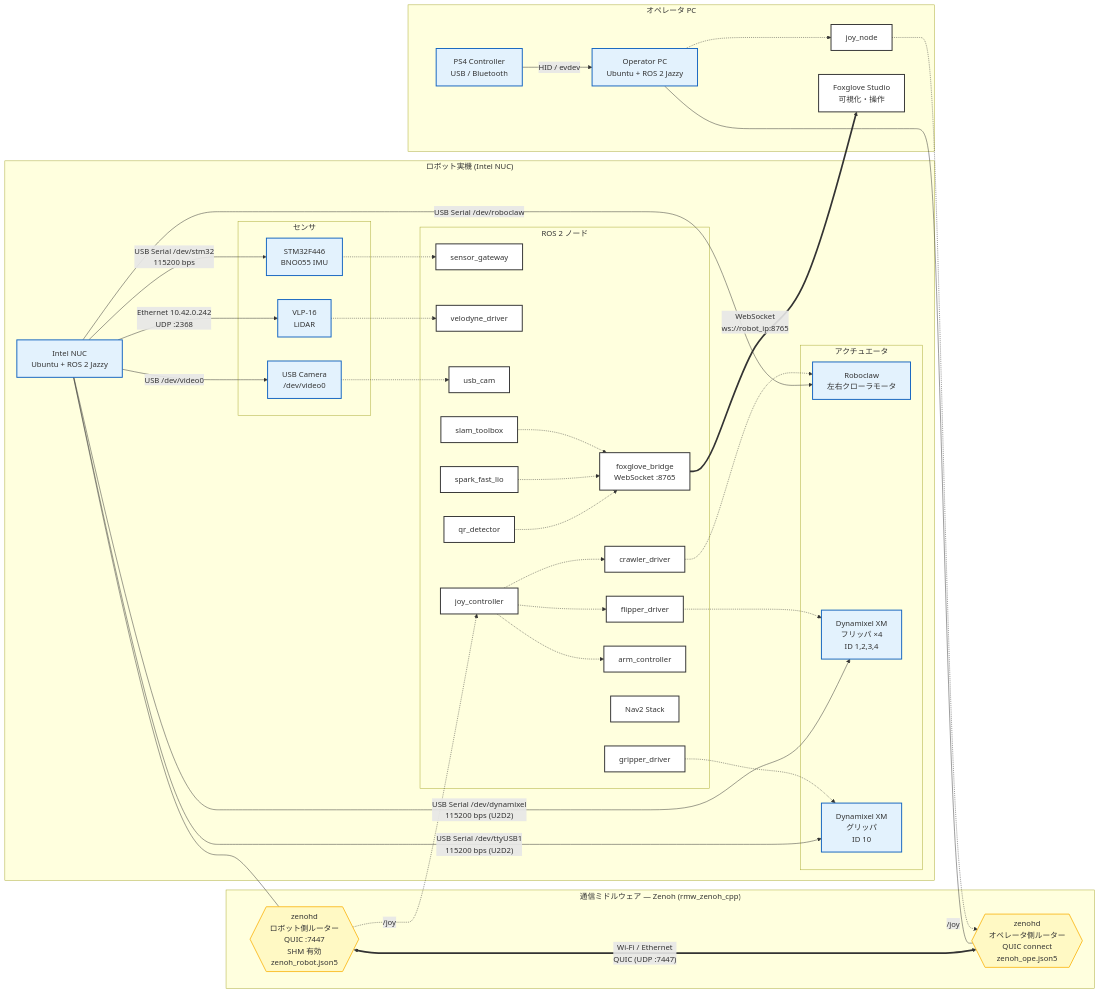
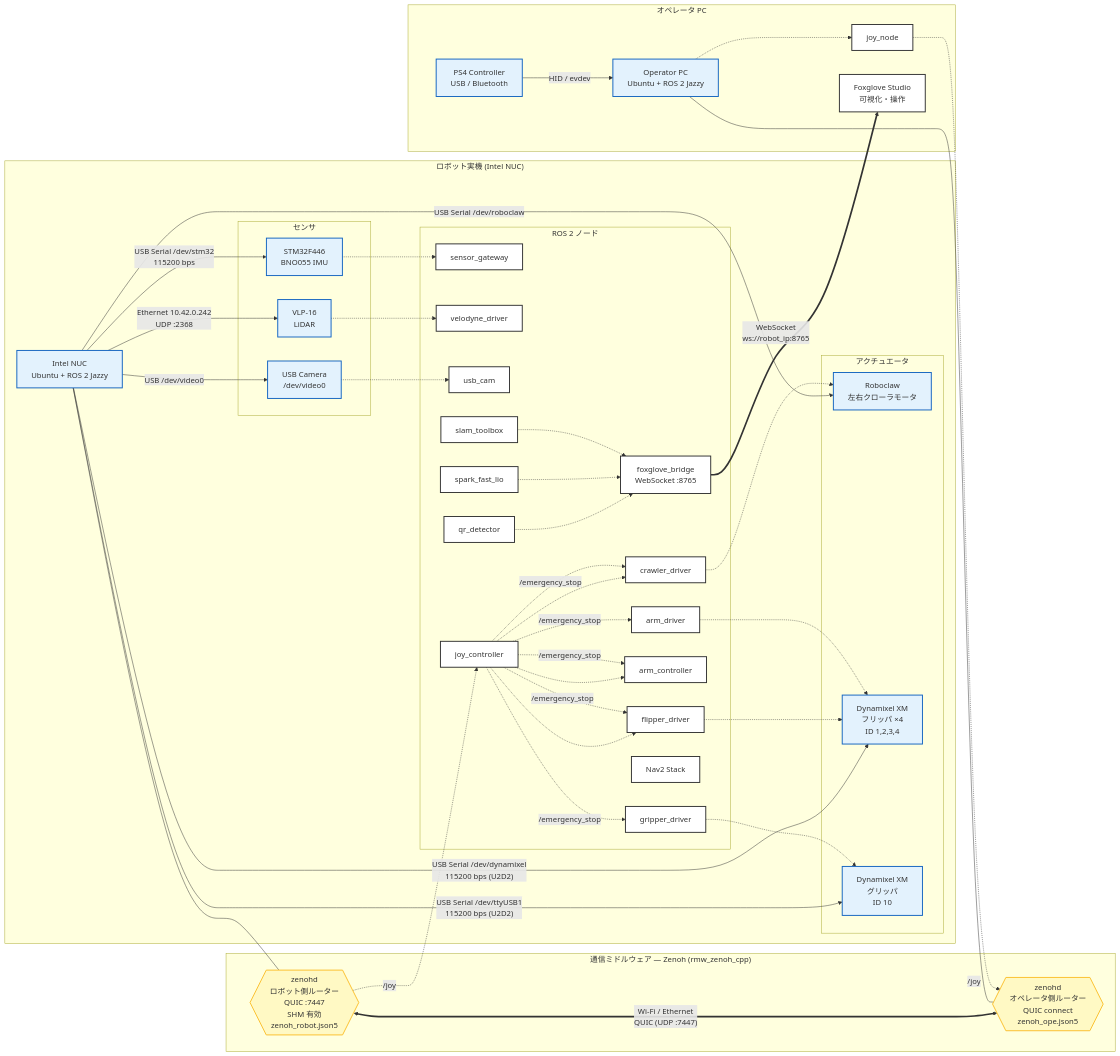
One commit to lazytatzv/rustacean_roborescue changed the diagram in main_ws/topology/network_topology.mmd. Above: the diagram before and after it, drawn with Mermaid. The commit also changed 56 other files, not shown here.

```diff
--- a/main_ws/topology/network_topology.mmd
+++ b/main_ws/topology/network_topology.mmd
@@ -1,100 +1,107 @@
 graph LR
   %% =============================================
   %% Rustacean RoboRescue — Network & Hardware Topology
   %% =============================================
 
   classDef device fill:#e3f2fd,stroke:#1565c0,stroke-width:2px;
   classDef proto fill:#fff9c4,stroke:#fbc02d,stroke-width:2px;
   classDef ros_node fill:#fff,stroke:#333,stroke-width:2px;
 
   %% =============================================
   %% ロボット実機
   %% =============================================
   subgraph Robot["ロボット実機 (Intel NUC)"]
     NUC[Intel NUC<br/>Ubuntu + ROS 2 Jazzy]:::device
 
     subgraph Sensors["センサ"]
       STM32[STM32F446<br/>BNO055 IMU]:::device
       VLP16[VLP-16<br/>LiDAR]:::device
       USB_CAM[USB Camera<br/>/dev/video0]:::device
     end
 
     subgraph Actuators["アクチュエータ"]
       ROBOCLAW[Roboclaw<br/>左右クローラモータ]:::device
       DXL_F[Dynamixel XM<br/>フリッパ ×4<br/>ID 1,2,3,4]:::device
       DXL_G[Dynamixel XM<br/>グリッパ<br/>ID 10]:::device
     end
 
     subgraph ROS_Nodes["ROS 2 ノード"]
       N_gateway[sensor_gateway]:::ros_node
       N_vlp[velodyne_driver]:::ros_node
       N_cam[usb_cam]:::ros_node
       N_crawler[crawler_driver]:::ros_node
       N_flipper[flipper_driver]:::ros_node
       N_gripper[gripper_driver]:::ros_node
       N_spark[spark_fast_lio]:::ros_node
       N_slam[slam_toolbox]:::ros_node
       N_arm[arm_controller]:::ros_node
+      N_arm_drv[arm_driver]:::ros_node
       N_qr[qr_detector]:::ros_node
       N_nav2[Nav2 Stack]:::ros_node
       N_joyctrl[joy_controller]:::ros_node
       N_fgbridge[foxglove_bridge<br/>WebSocket :8765]:::ros_node
     end
 
     NUC -- "USB Serial /dev/stm32<br/>115200 bps" --> STM32
     NUC -- "Ethernet 10.42.0.242<br/>UDP :2368" --> VLP16
     NUC -- "USB /dev/video0" --> USB_CAM
     NUC -- "USB Serial /dev/roboclaw" --> ROBOCLAW
     NUC -- "USB Serial /dev/dynamixel<br/>115200 bps (U2D2)" --> DXL_F
     NUC -- "USB Serial /dev/ttyUSB1<br/>115200 bps (U2D2)" --> DXL_G
 
     STM32 -.-> N_gateway
     VLP16 -.-> N_vlp
     USB_CAM -.-> N_cam
     N_crawler -.-> ROBOCLAW
     N_flipper -.-> DXL_F
+    N_arm_drv -.-> DXL_F
     N_gripper -.-> DXL_G
   end
 
   %% =============================================
   %% ネットワーク (Zenoh / QUIC)
   %% =============================================
   subgraph Network["通信ミドルウェア — Zenoh (rmw_zenoh_cpp)"]
     ZENOH_R{{zenohd<br/>ロボット側ルーター<br/>QUIC :7447<br/>SHM 有効<br/>zenoh_robot.json5}}:::proto
     ZENOH_O{{zenohd<br/>オペレータ側ルーター<br/>QUIC connect<br/>zenoh_ope.json5}}:::proto
     ZENOH_R <== "Wi-Fi / Ethernet<br/>QUIC (UDP :7447)" ==> ZENOH_O
   end
 
   %% =============================================
   %% オペレータ PC
   %% =============================================
   subgraph Operator["オペレータ PC"]
     OPE_PC[Operator PC<br/>Ubuntu + ROS 2 Jazzy]:::device
     PS4[PS4 Controller<br/>USB / Bluetooth]:::device
     N_joy[joy_node]:::ros_node
     FOXGLOVE[Foxglove Studio<br/>可視化・操作]:::ros_node
 
     PS4 -- "HID / evdev" --> OPE_PC
     OPE_PC -.-> N_joy
   end
 
   %% =============================================
   %% 接続
   %% =============================================
   NUC --- ZENOH_R
   OPE_PC --- ZENOH_O
 
   %% =============================================
   %% トピック経路 (Zenoh 経由)
   %% =============================================
   N_joy -. "/joy" .-> ZENOH_O
   ZENOH_R -. "/joy" .-> N_joyctrl
   N_joyctrl -.-> N_crawler
   N_joyctrl -.-> N_flipper
   N_joyctrl -.-> N_arm
+  N_joyctrl -. "/emergency_stop" .-> N_crawler
+  N_joyctrl -. "/emergency_stop" .-> N_flipper
+  N_joyctrl -. "/emergency_stop" .-> N_arm
+  N_joyctrl -. "/emergency_stop" .-> N_arm_drv
+  N_joyctrl -. "/emergency_stop" .-> N_gripper
 
   N_qr -.-> N_fgbridge
   N_spark -.-> N_fgbridge
   N_slam -.-> N_fgbridge
 
   N_fgbridge == "WebSocket<br/>ws://robot_ip:8765" ==> FOXGLOVE
```
